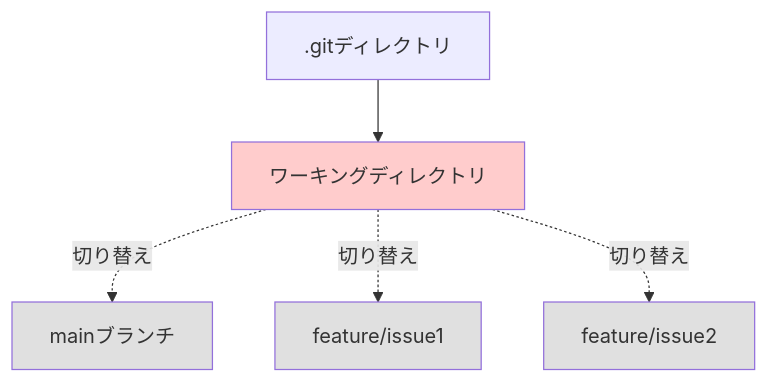
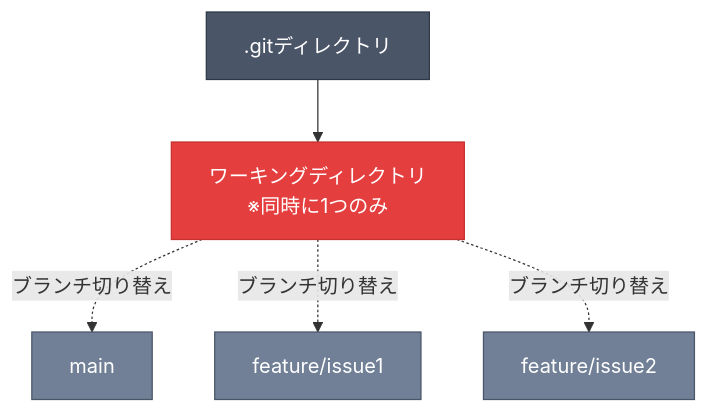
Before and after one commit to cyber-freaks-jp/AI_Driven_Development_Course: the first of 2 diagrams in book/pages/git_worktreeでマルチタスクを並列化する.md, drawn with Mermaid. The commit also changed other lines of this file and 4 other files, not shown here.

````diff
--- a/book/pages/git_worktreeでマルチタスクを並列化する.md
+++ b/book/pages/git_worktreeでマルチタスクを並列化する.md
@@ -39,12 +39,13 @@
 ```mermaid
 graph TB
-    A1[.gitディレクトリ] --> B1[ワーキングディレクトリ]
-    B1 -.切り替え.-> C1[mainブランチ]
-    B1 -.切り替え.-> D1[feature/issue1]
-    B1 -.切り替え.-> E1[feature/issue2]
+    A1[.gitディレクトリ] --> B1[ワーキングディレクトリ<br>※同時に1つのみ]
+    B1 -. ブランチ切り替え .-> C1[main]
+    B1 -. ブランチ切り替え .-> D1[feature/issue1]
+    B1 -. ブランチ切り替え .-> E1[feature/issue2]
 
-    style B1 fill:#ffcccc
-    style C1 fill:#e0e0e0
-    style D1 fill:#e0e0e0
-    style E1 fill:#e0e0e0
+    style A1 fill:#4a5568,color:#fff,stroke:#2d3748
+    style B1 fill:#e53e3e,color:#fff,stroke:#c53030
+    style C1 fill:#718096,color:#fff,stroke:#4a5568
+    style D1 fill:#718096,color:#fff,stroke:#4a5568
+    style E1 fill:#718096,color:#fff,stroke:#4a5568
 ```
````
